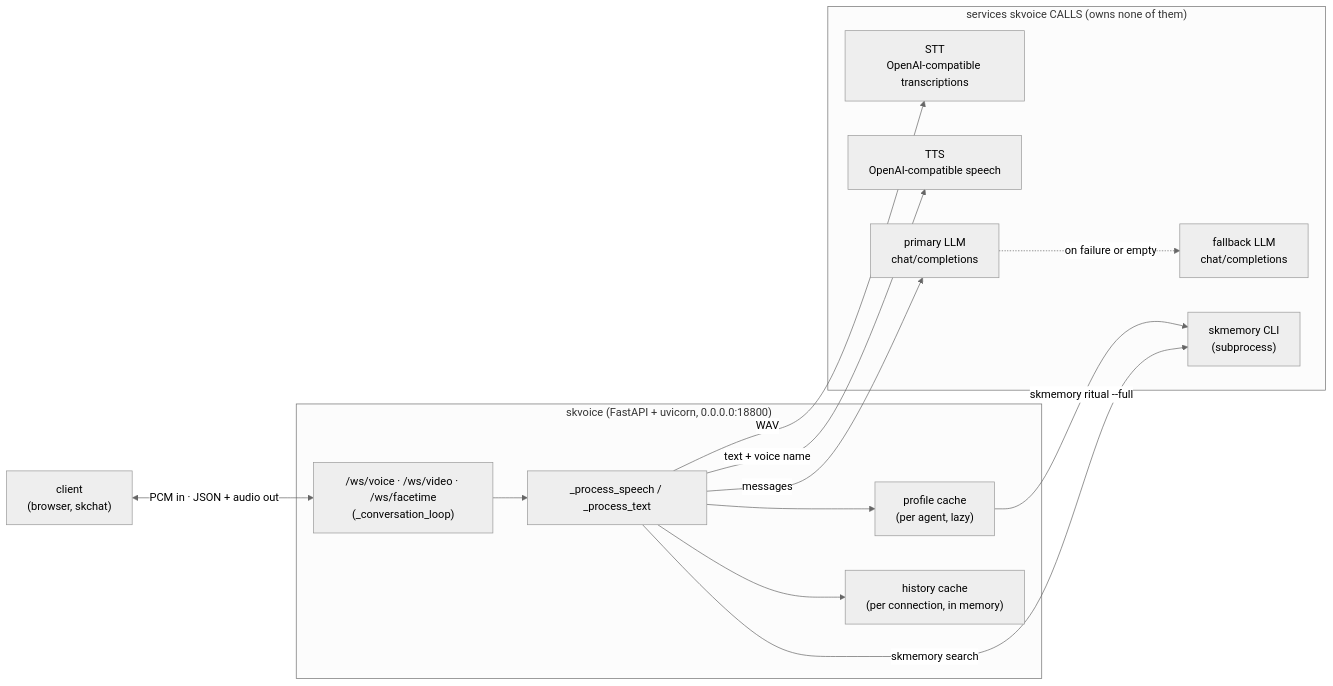
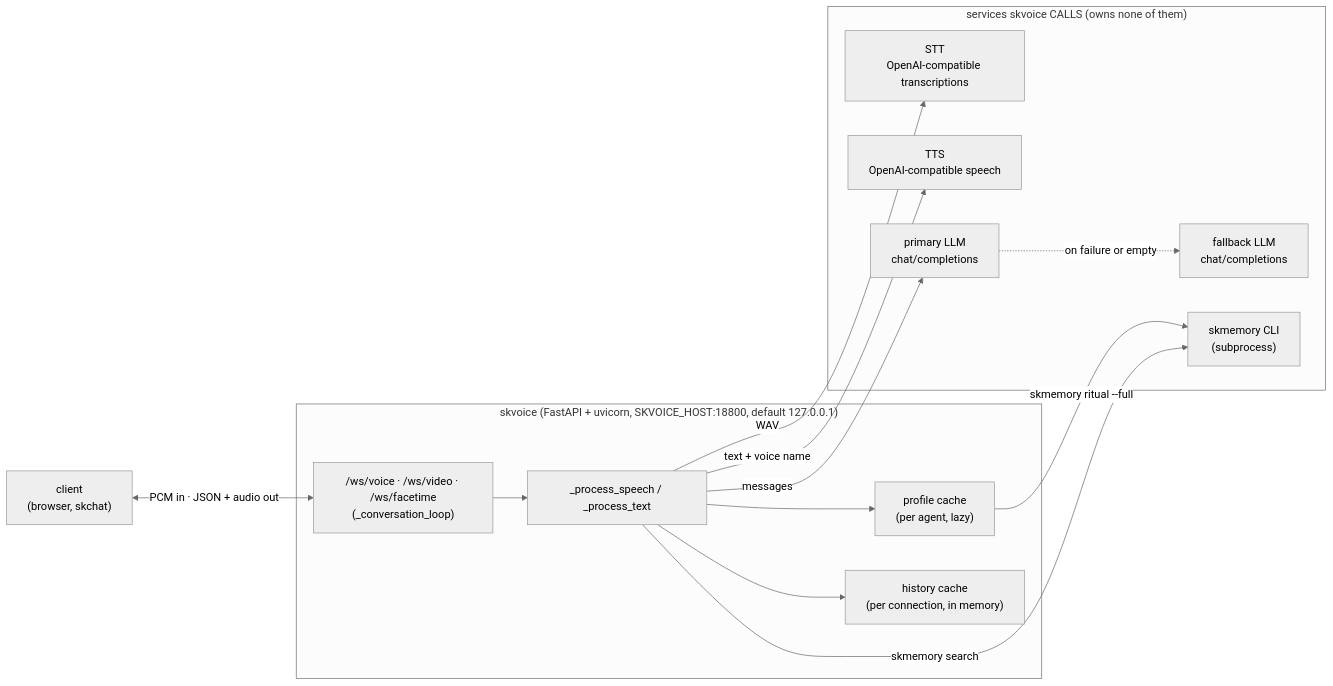
The first of 2 diagrams in SOP.md (smilinTux/skvoice), drawn with Mermaid (neutral theme) before and after one commit. The commit also changed other lines of this file and 11 other files, not shown here.

First line of the commit message:
fix(skvoice): add SKVOICE_HOST defaulting to loopback, delete dead tools.py

````diff
--- a/SOP.md
+++ b/SOP.md
@@ -68,28 +68,28 @@
 ```mermaid
 flowchart LR
     CLIENT["client<br/>(browser, skchat)"]
-    subgraph SVC["skvoice (FastAPI + uvicorn, 0.0.0.0:18800)"]
+    subgraph SVC["skvoice (FastAPI + uvicorn, SKVOICE_HOST:18800, default 127.0.0.1)"]
       WS["/ws/voice · /ws/video · /ws/facetime<br/>(_conversation_loop)"]
       PIPE["_process_speech / _process_text"]
       PROF["profile cache<br/>(per agent, lazy)"]
       HIST["history cache<br/>(per connection, in memory)"]
     end
     subgraph EXT["services skvoice CALLS (owns none of them)"]
       STT["STT<br/>OpenAI-compatible transcriptions"]
       TTS["TTS<br/>OpenAI-compatible speech"]
       LLM["primary LLM<br/>chat/completions"]
       FB["fallback LLM<br/>chat/completions"]
       SKMEM["skmemory CLI<br/>(subprocess)"]
     end
 
     CLIENT <-->|"PCM in · JSON + audio out"| WS
     WS --> PIPE
     PIPE --> PROF
     PIPE --> HIST
     PROF -->|"skmemory ritual --full"| SKMEM
     PIPE -->|"WAV"| STT
     PIPE -->|"skmemory search"| SKMEM
     PIPE -->|"messages"| LLM
     LLM -.->|"on failure or empty"| FB
     PIPE -->|"text + voice name"| TTS
 ```
````
